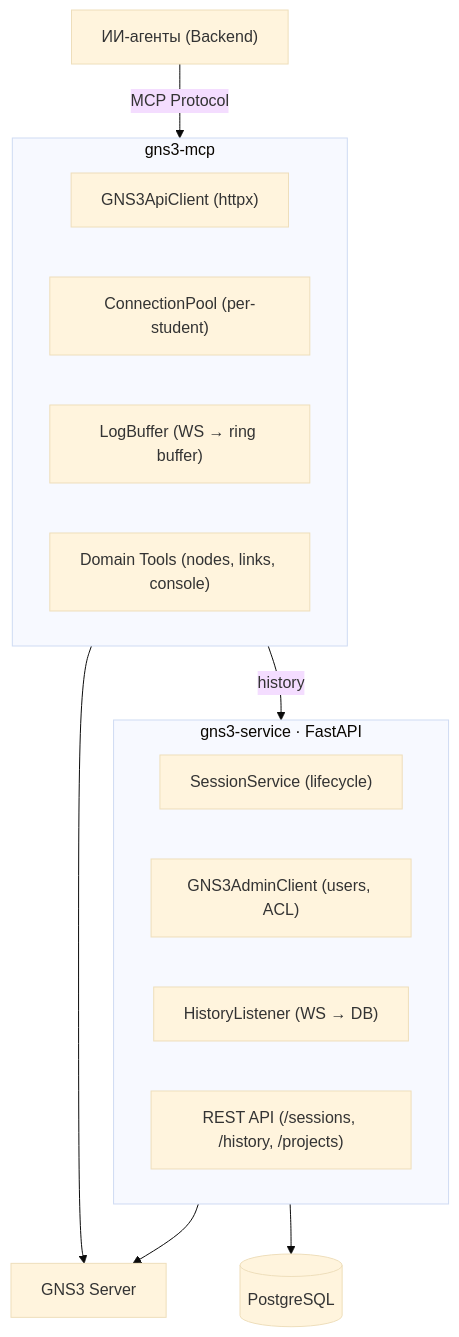
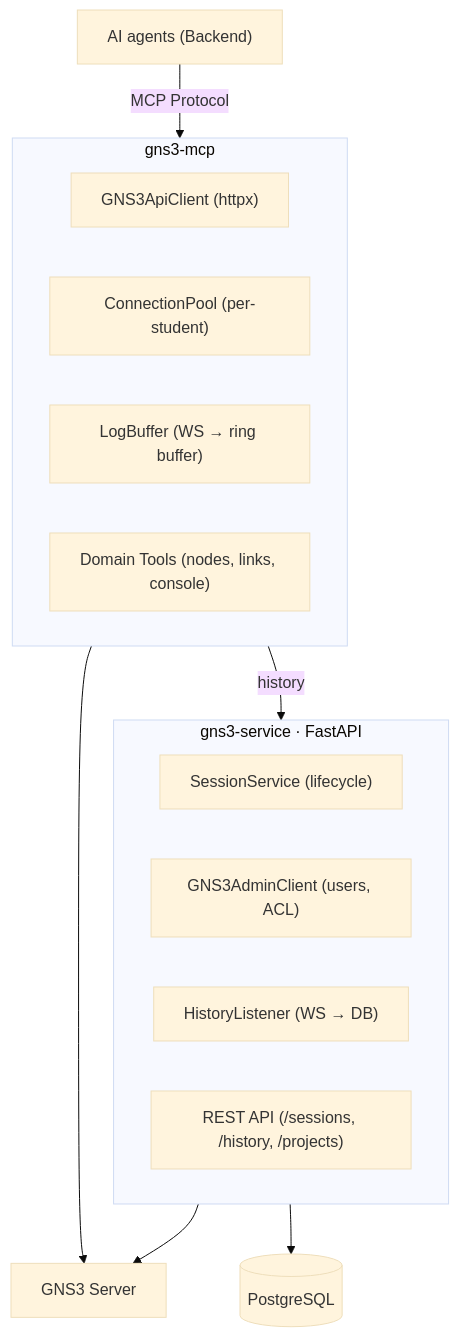
Before and after one commit to nevsky118/onlinetlabs: the diagram in gns3/README.md, drawn with Mermaid (base theme). The commit also changed other lines of this file and 5 other files, not shown here.

````diff
--- a/gns3/README.md
+++ b/gns3/README.md
@@ -7,27 +7,27 @@
 ```mermaid
 flowchart TB
-    Agents["ИИ-агенты (Backend)"]
+    Agents["AI agents (Backend)"]
 
     subgraph MCP["gns3-mcp"]
         ApiClient["GNS3ApiClient (httpx)"]
         Pool["ConnectionPool (per-student)"]
         LogBuf["LogBuffer (WS → ring buffer)"]
         Tools["Domain Tools (nodes, links, console)"]
     end
 
     subgraph SVC["gns3-service · FastAPI"]
         Session["SessionService (lifecycle)"]
         Admin["GNS3AdminClient (users, ACL)"]
         History["HistoryListener (WS → DB)"]
         API["REST API (/sessions, /history, /projects)"]
     end
 
     DB[(PostgreSQL)]
     GNS3["GNS3 Server"]
 
     Agents -->|MCP Protocol| MCP
     MCP --> GNS3
     MCP -->|history| SVC
     SVC --> GNS3
     SVC --> DB
 ```
````
